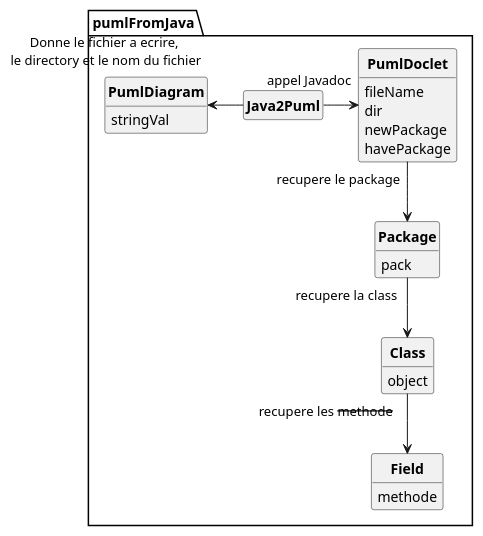
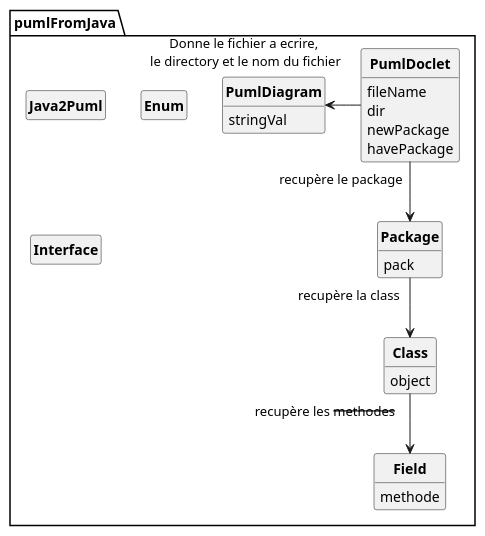
Before and after one commit to D3B1RUM4N/PumlFromJava: the diagram in puml/DiagrammesCodeEleve/DcaCodeEleve.puml, drawn with PlantUML. The commit also changed 2 other files, not shown here.

Commit message:
Modifications de tous les diagrammes

```diff
--- a/puml/DiagrammesCodeEleve/DcaCodeEleve.puml
+++ b/puml/DiagrammesCodeEleve/DcaCodeEleve.puml
@@ -1,56 +1,50 @@
 @startuml
 
 'UML GENERE PAR CODE :)
 
 skinparam style strictuml
 skinparam classAttributeIconSize 0
 skinparam classFontStyle Bold
 hide empty members
 
 PACKAGE pumlFromJava{
 	CLASS Class{
 		object
 	}
 
-
 	CLASS Field{
 		methode
 	}
 
-
-
 	CLASS Java2Puml{
 	}
-
 
 	CLASS Package{
 		pack
 	}
 
-
 	CLASS PumlDiagram{
 		stringVal
 	}
-
 
 	CLASS PumlDoclet{
 		fileName
 		dir
 		newPackage
 		havePackage
 	}
 
+	 class Enum{
+        }
 
+     class Interface{
+        }
 
-
+PumlDoclet "recupère le package" --> Package
+Package "recupère la class" --> Class
+Class "recupère les --methodes--" --> Field
+'Je sais que ça ne s'appelle pas méthode mais gros trou de mémoire
+PumlDoclet "Donne le fichier a ecrire,\n le directory et le nom du fichier" ---l-> PumlDiagram
 
 }
-
-
-Java2Puml "appel Javadoc" -> PumlDoclet
-PumlDoclet "recupere le package" --> Package
-Package "recupere la class" --> Class
-Class "recupere les --methode--" --> Field
-'je sais que ça ne s'appel pas methode mais gros trou ed memoire
-Java2Puml "Donne le fichier a ecrire,\n le directory et le nom du fichier" -l> PumlDiagram
 @enduml
```
